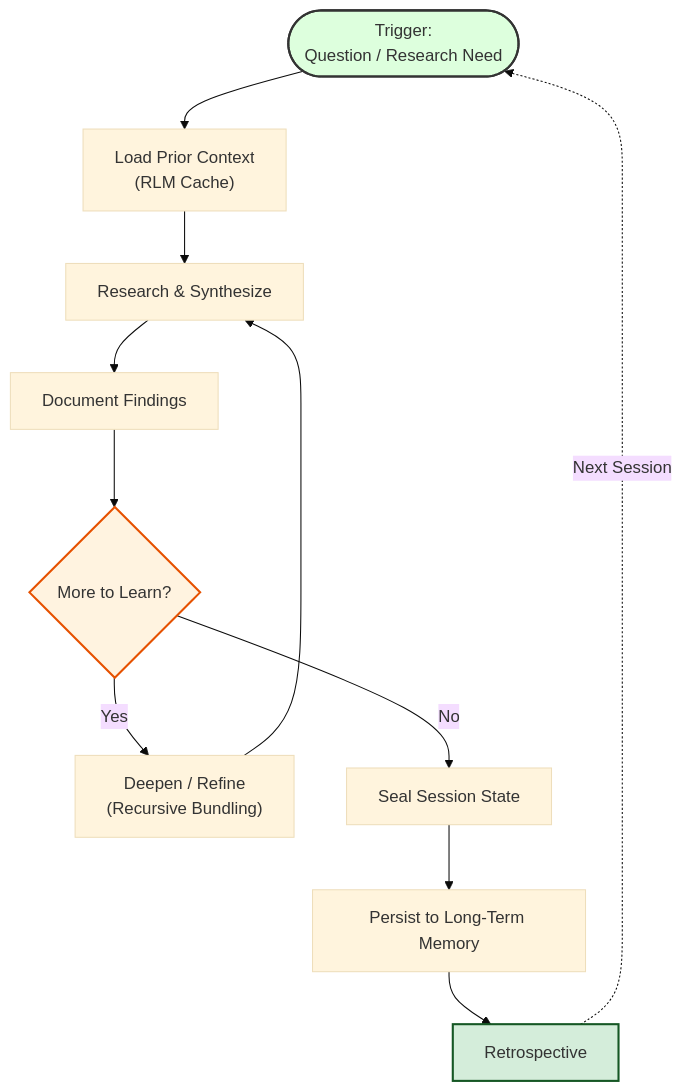
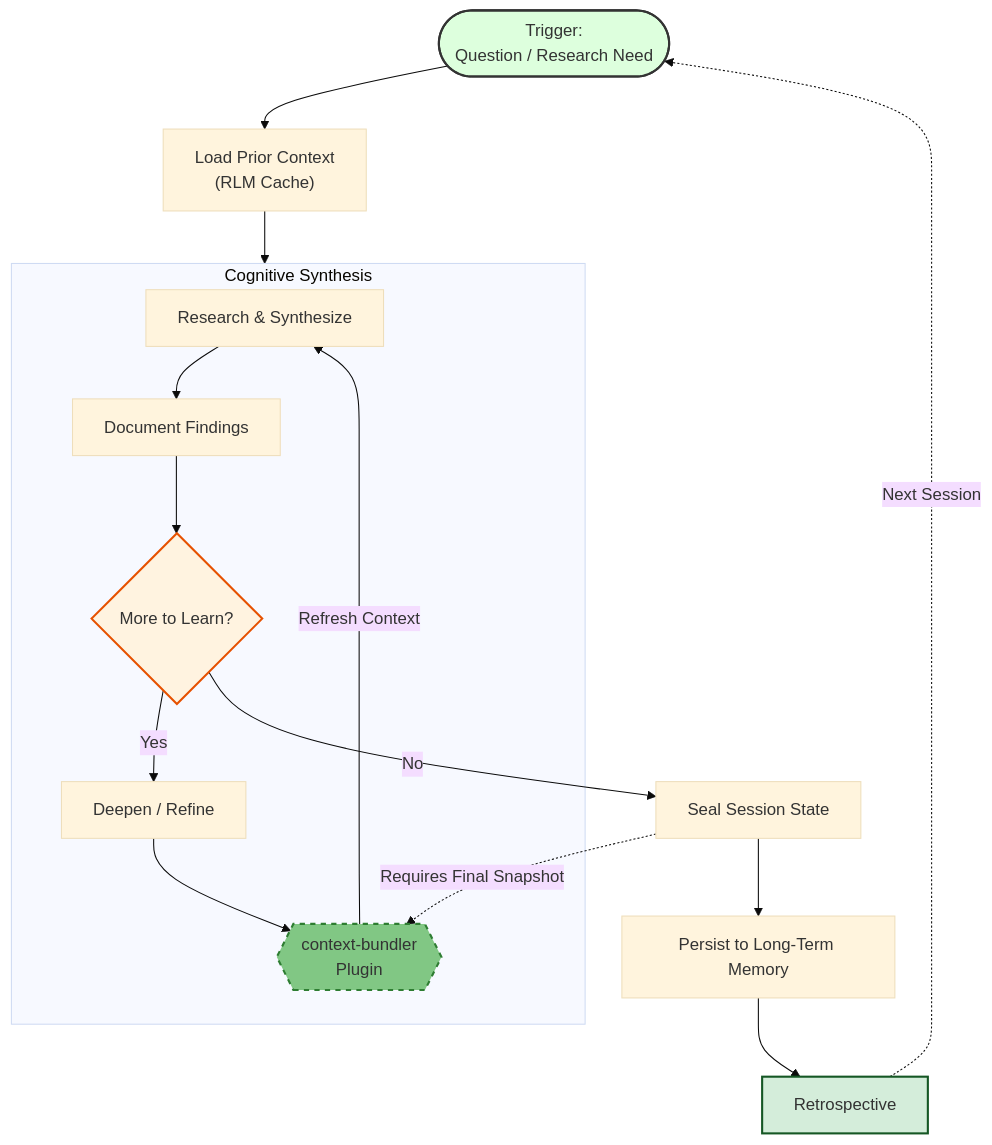
One commit to richfrem/Project_Sanctuary changed the diagram in plugins/agent-loops/resources/diagrams/learning_loop.mmd. Above: the diagram before and after it, drawn with Mermaid.

Commit message:
docs(diagrams): explicitly call out context-bundler dependency in learning loop architecture

```diff
--- a/plugins/agent-loops/resources/diagrams/learning_loop.mmd
+++ b/plugins/agent-loops/resources/diagrams/learning_loop.mmd
@@ -1,25 +1,38 @@
 ---
 config:
   theme: base
 ---
 
 %% Pattern 1: Simple Learning Loop
 %% Self-directed research, document, iterate. No agents, no reviews.
 %% Location: resources/diagrams/learning_loop.mmd
 
 flowchart TB
     Start(["Trigger:<br>Question / Research Need"])
     Start --> Orient["Load Prior Context<br>(RLM Cache)"]
-    Orient --> Research["Research & Synthesize"]
-    Research --> Document["Document Findings"]
-    Document --> Iterate{"More to Learn?"}
-    Iterate -- Yes --> Deepen["Deepen / Refine<br>(Recursive Bundling)"]
-    Deepen --> Research
+    
+    subgraph Execution["Cognitive Synthesis"]
+        Research["Research & Synthesize"]
+        Document["Document Findings"]
+        Bundler{{"context-bundler<br>Plugin"}}
+        
+        Research --> Document
+        Document --> Iterate{"More to Learn?"}
+        
+        Iterate -- Yes --> Deepen["Deepen / Refine"]
+        Deepen --> Bundler
+        Bundler -->|Refresh Context| Research
+    end
+    
+    Orient --> Execution
+    
     Iterate -- No --> Seal["Seal Session State"]
+    Seal -.->|Requires Final Snapshot| Bundler
     Seal --> Persist["Persist to Long-Term Memory"]
     Persist --> Retro["Retrospective"]
     Retro -.->|"Next Session"| Start
 
     style Start fill:#dfd,stroke:#333,stroke-width:2px
     style Iterate fill:#fff3e0,stroke:#e65100,stroke-width:2px
     style Retro fill:#d4edda,stroke:#155724,stroke-width:2px
+    style Bundler fill:#81c784,stroke:#2e7d32,stroke-width:2px,stroke-dasharray: 5 5
```
